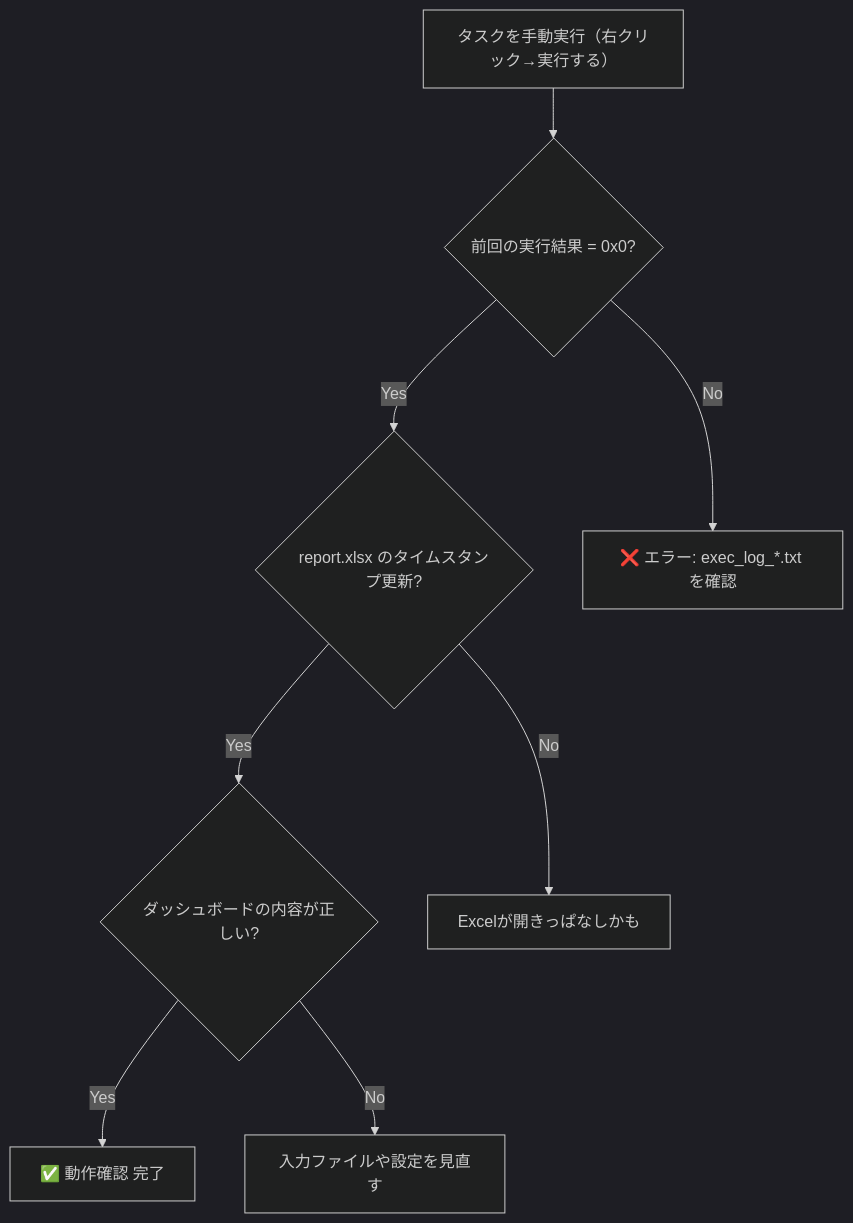
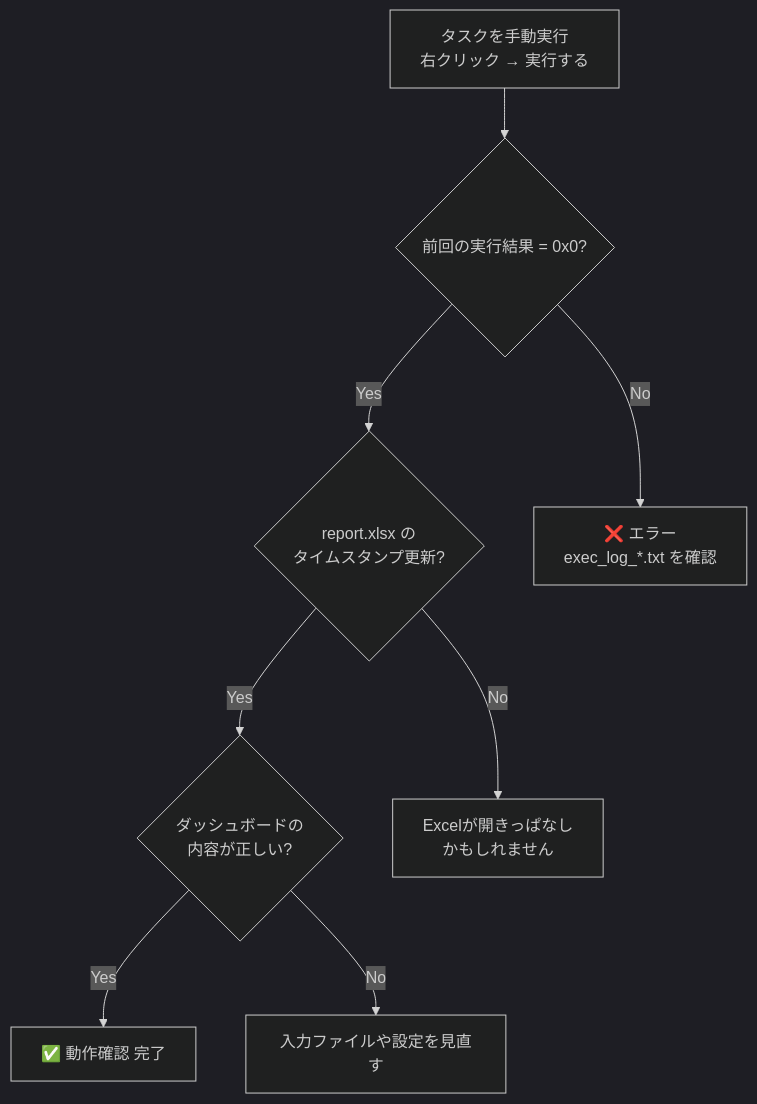
Before and after one commit to makio-dev/test-progress-collector: the third of 3 diagrams in docs/定期実行設定ガイド.md, drawn with Mermaid (dark theme). The commit also changed other lines of this file and 2 other files, not shown here.

First line of the commit message:
ドキュメント修正: Mermaidの改行を <br/> に変更

````diff
--- a/docs/定期実行設定ガイド.md
+++ b/docs/定期実行設定ガイド.md
@@ -289,10 +289,10 @@
 ```mermaid
 flowchart TD
-    RUN["タスクを手動実行（右クリック→実行する）"] --> C1{"前回の実行結果 = 0x0?"}
-    C1 -- Yes --> C2{"report.xlsx のタイムスタンプ更新?"}
-    C1 -- No --> ERR["❌ エラー: exec_log_*.txt を確認"]
-    C2 -- Yes --> C3{"ダッシュボードの内容が正しい?"}
-    C2 -- No --> OPEN["Excelが開きっぱなしかも"]
+    RUN["タスクを手動実行<br/>右クリック → 実行する"] --> C1{"前回の実行結果 = 0x0?"}
+    C1 -- Yes --> C2{"report.xlsx の<br/>タイムスタンプ更新?"}
+    C1 -- No --> ERR["❌ エラー<br/>exec_log_*.txt を確認"]
+    C2 -- Yes --> C3{"ダッシュボードの<br/>内容が正しい?"}
+    C2 -- No --> OPEN["Excelが開きっぱなし<br/>かもしれません"]
     C3 -- Yes --> OK["✅ 動作確認 完了"]
     C3 -- No --> CHECK["入力ファイルや設定を見直す"]
 ```
````
